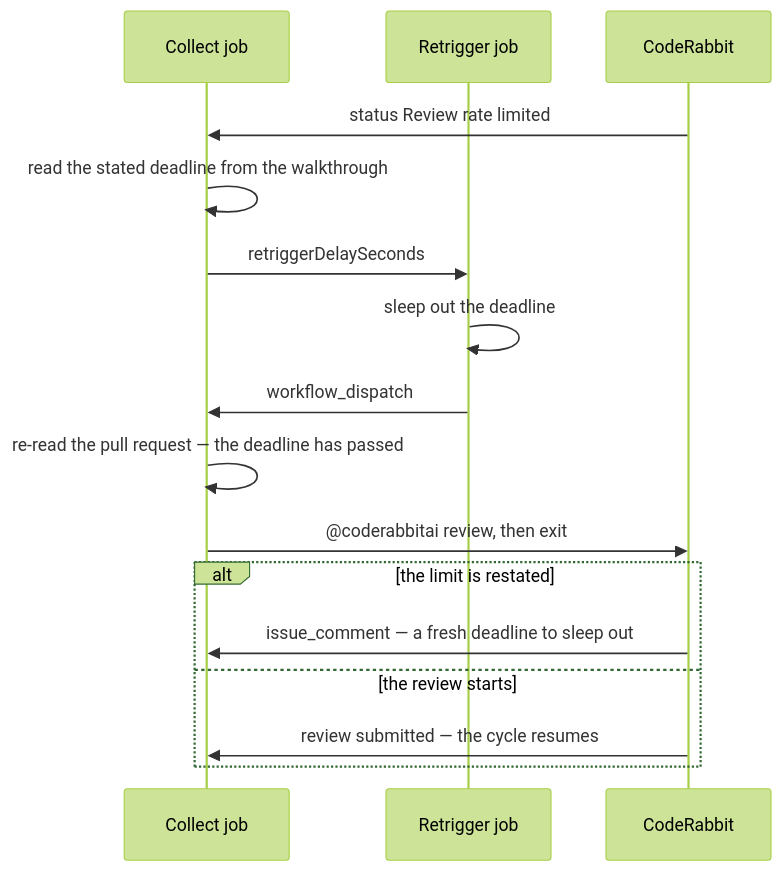
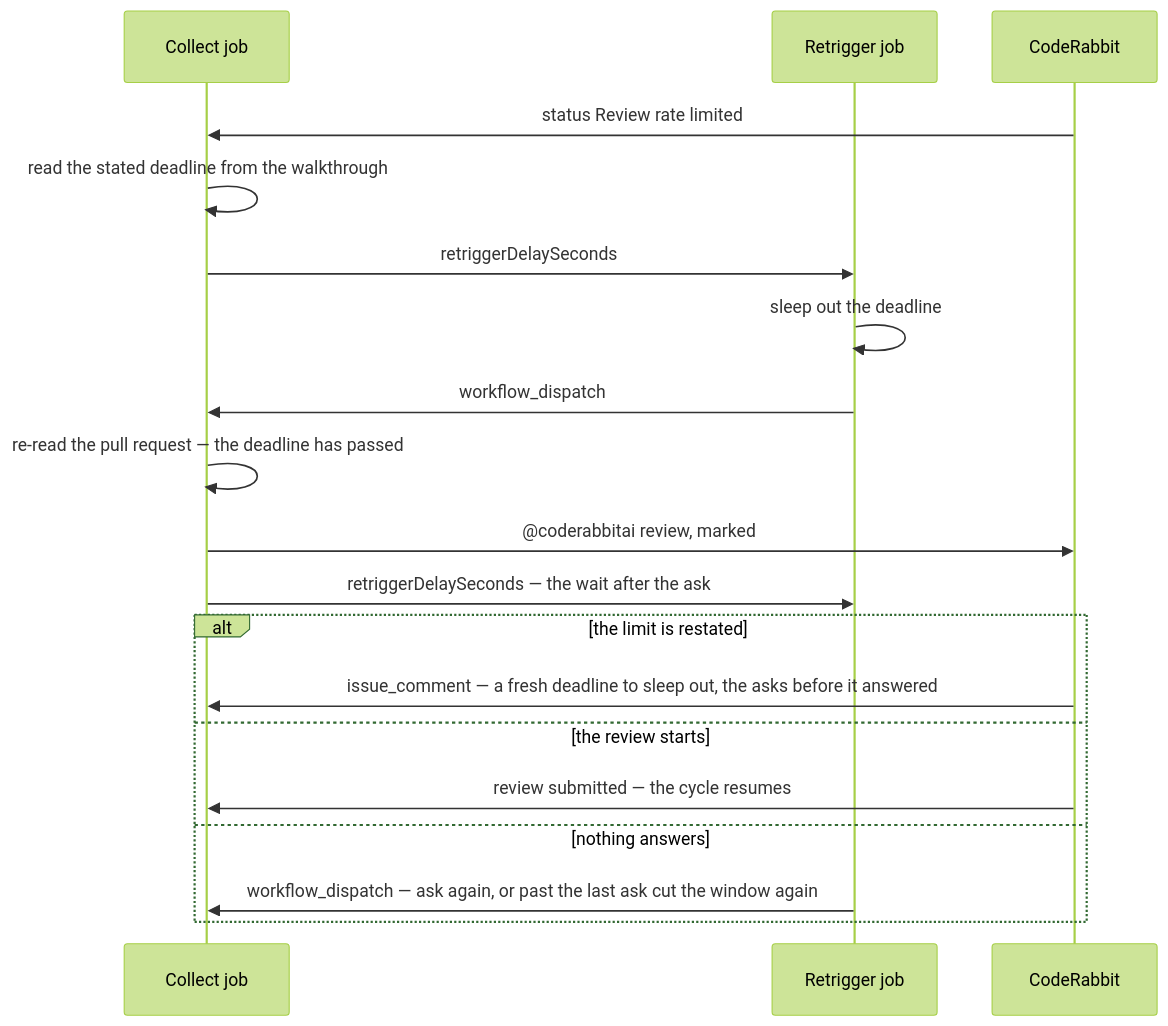
One commit to Esposter/Esposter changed the third of 4 diagrams in apps/web/content/docs/infra/review-collector/runner.md. Above: the diagram before and after it, drawn with Mermaid (forest theme). The commit also changed other lines of this file and 43 other files, not shown here.

````diff
--- a/apps/web/content/docs/infra/review-collector/runner.md
+++ b/apps/web/content/docs/infra/review-collector/runner.md
@@ -63,18 +63,21 @@
 ```mermaid
 sequenceDiagram
   participant W as Collect job
   participant R as Retrigger job
   participant CR as CodeRabbit
   CR->>W: status Review rate limited
   W->>W: read the stated deadline from the walkthrough
   W->>R: retriggerDelaySeconds
   R->>R: sleep out the deadline
   R->>W: workflow_dispatch
   W->>W: re-read the pull request — the deadline has passed
-  W->>CR: @coderabbitai review, then exit
+  W->>CR: @coderabbitai review, marked
+  W->>R: retriggerDelaySeconds — the wait after the ask
   alt the limit is restated
-    CR->>W: issue_comment — a fresh deadline to sleep out
+    CR->>W: issue_comment — a fresh deadline to sleep out, the asks before it answered
   else the review starts
     CR->>W: review submitted — the cycle resumes
+  else nothing answers
+    R->>W: workflow_dispatch — ask again, or past the last ask cut the window again
   end
 ```
````
